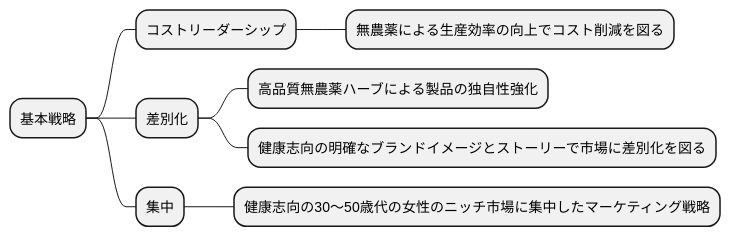
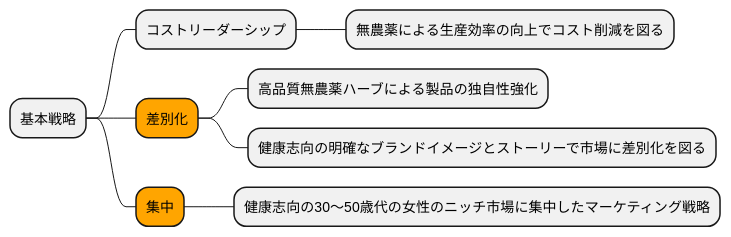
One commit to k2works/case-sutudy-business-analysis changed the eighth of 16 diagrams in docs/case/r02_case_2.adoc. Above: the diagram before and after it, drawn with PlantUML. The commit also changed other lines of this file, not shown here.

```diff
--- a/docs/case/r02_case_2.adoc
+++ b/docs/case/r02_case_2.adoc
@@ -235,15 +268,15 @@
 [plantuml]
 ----
 @startmindmap
 
 * 基本戦略
 ** コストリーダーシップ
 *** 無農薬による生産効率の向上でコスト削減を図る
-** 差別化
+**[#orange] 差別化
 *** 高品質無農薬ハーブによる製品の独自性強化
 *** 健康志向の明確なブランドイメージとストーリーで市場に差別化を図る
-** 集中
+**[#orange] 集中
 *** 健康志向の30～50歳代の女性のニッチ市場に集中したマーケティング戦略
 
 @endmindmap
 ----
```
